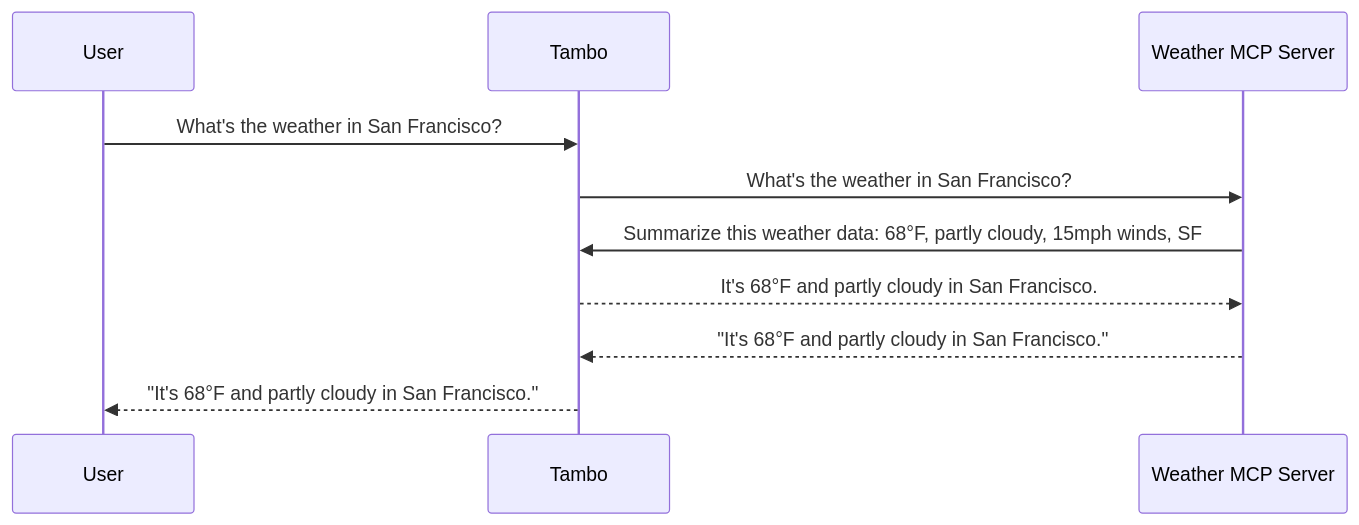
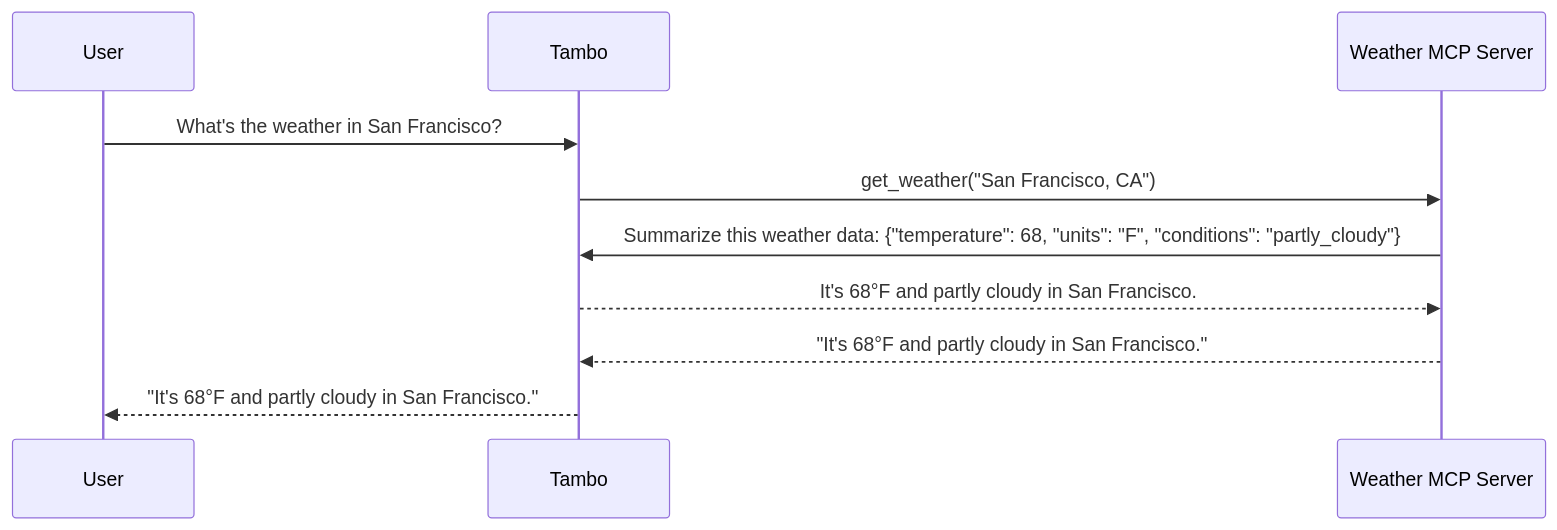
One commit to tambo-ai/tambo-cloud changed the second of 2 diagrams in apps/web/app/blog/posts/mcp-sampling-support/page.mdx. Above: the diagram before and after it, drawn with Mermaid. The commit also changed other lines of this file, not shown here.

Commit message:
update diagrams

````diff
--- a/apps/web/app/blog/posts/mcp-sampling-support/page.mdx
+++ b/apps/web/app/blog/posts/mcp-sampling-support/page.mdx
@@ -51,14 +51,14 @@
 ```mermaid
 sequenceDiagram
     participant U as User
     participant T as Tambo
     participant M as Weather MCP Server
 
     U->>T: What's the weather in San Francisco?
-    T->>M: What's the weather in San Francisco?
-    M->>T: Summarize this weather data: 68°F, partly cloudy, 15mph winds, SF
+    T->>M: get_weather("San Francisco, CA");
+    M->>T: Summarize this weather data: {"temperature": 68, "units": "F", "conditions": "partly_cloudy"}
     T-->>M: It's 68°F and partly cloudy in San Francisco.
     M-->>T: "It's 68°F and partly cloudy in San Francisco."
     T-->>U: "It's 68°F and partly cloudy in San Francisco."
 
 ```
````
